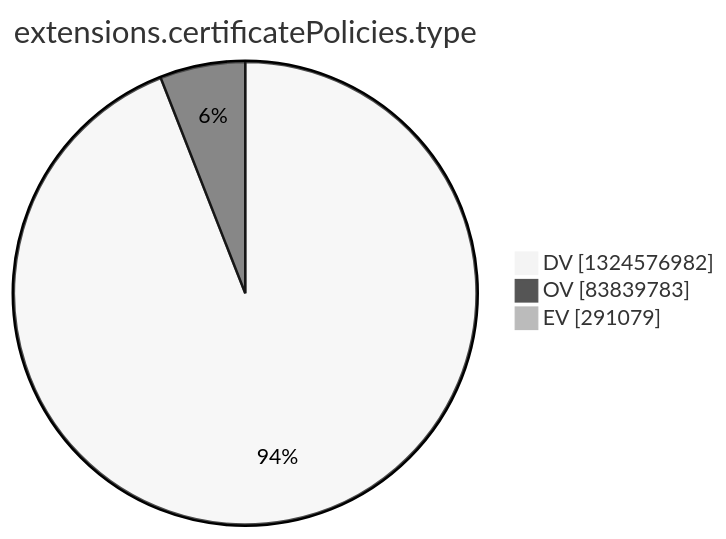
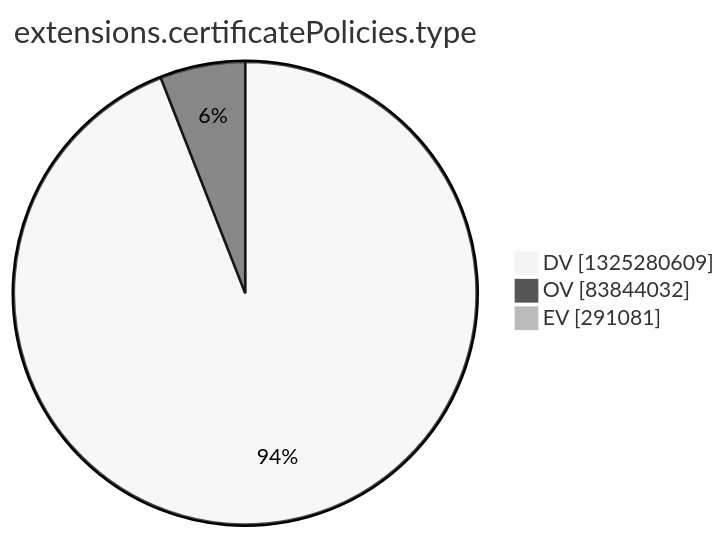
The tenth of 15 diagrams in argon2022/README.md (christiankrug/ctmonitor_visualization), drawn with Mermaid (neutral theme) before and after one commit. The commit also changed other lines of this file, not shown here.

````diff
--- a/argon2022/README.md
+++ b/argon2022/README.md
@@ -2772,7 +2772,7 @@
 ```mermaid
 pie showData
 title extensions.certificatePolicies.type
-"DV" :1324576982
-"OV" :83839783
-"EV" :291079
+"DV" :1325280609
+"OV" :83844032
+"EV" :291081
 ```
````
